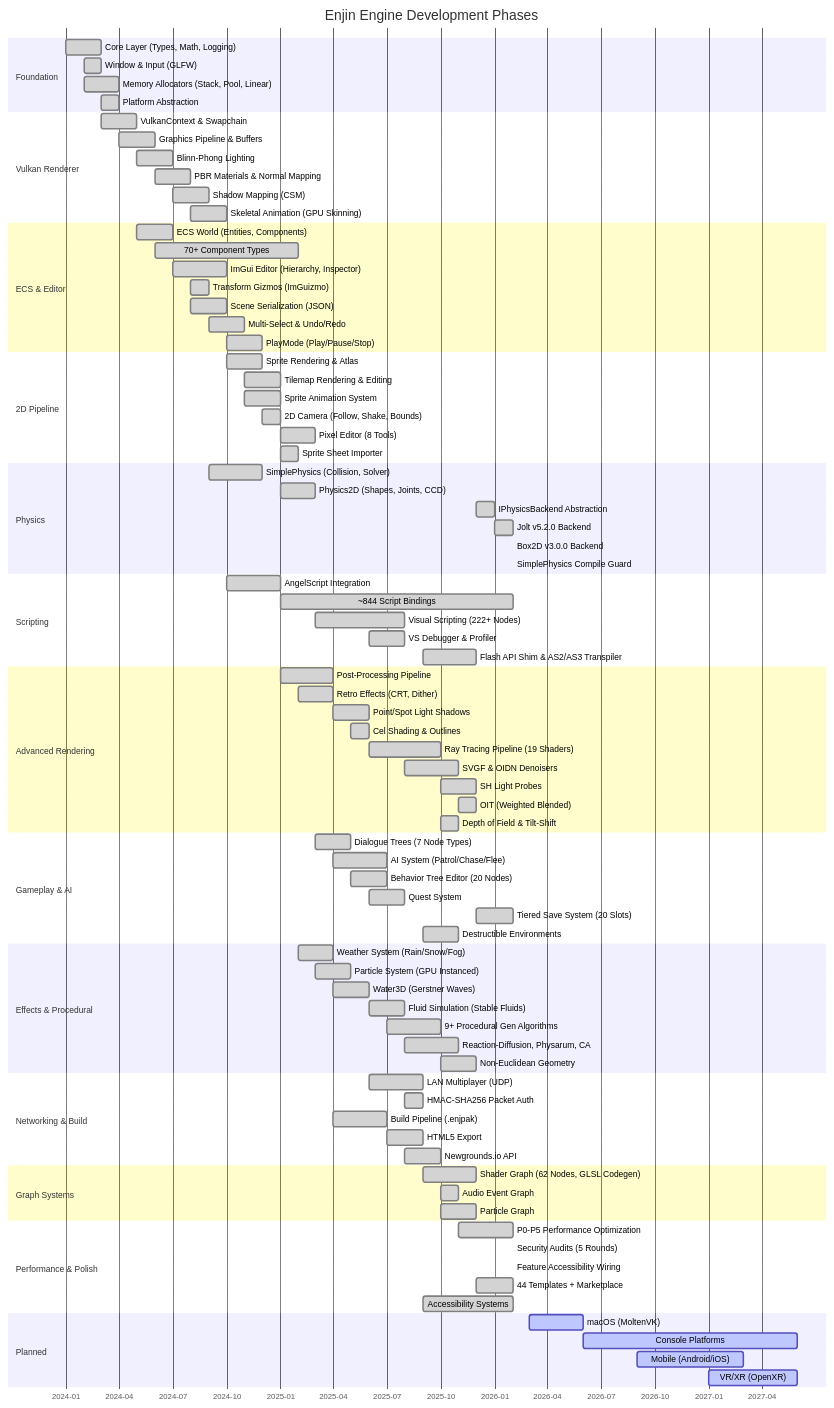
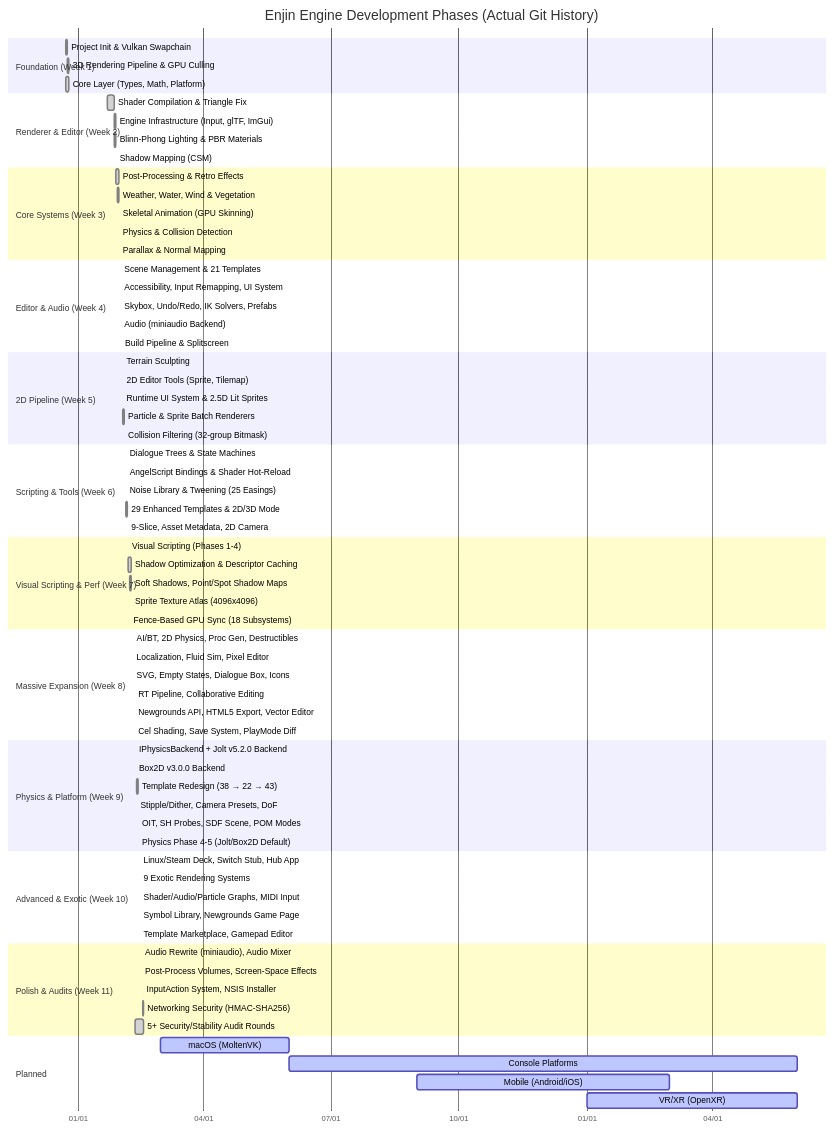
Before and after one commit to MartyChouette/TEGE: the second of 5 diagrams in docs/ENGINE_ANALYSIS.md, drawn with Mermaid. The commit also changed other lines of this file and 1 other file, not shown here.

Commit message:
Rewrite timeline from git history, fix test coverage claim
Timeline was fabricated spanning 2024-2027. Actual development started
Dec 23, 2025 with bulk of 150+ features built Jan 22 - Feb 17, 2026.
Also updated test coverage from "Low / no framework" to "Basic" since
custom CTest framework exists with 4 unit + 4 integration tests.

````diff
--- a/docs/ENGINE_ANALYSIS.md
+++ b/docs/ENGINE_ANALYSIS.md
@@ -420,105 +420,88 @@
 ```mermaid
 gantt
-    title Enjin Engine Development Phases
-    dateFormat YYYY-MM
-    axisFormat %Y-%m
+    title Enjin Engine Development Phases (Actual Git History)
+    dateFormat YYYY-MM-DD
+    axisFormat %m/%d
 
-    section Foundation
-    Core Layer (Types, Math, Logging)           :done, f1, 2024-01, 2024-03
-    Window & Input (GLFW)                       :done, f2, 2024-02, 2024-03
-    Memory Allocators (Stack, Pool, Linear)      :done, f3, 2024-02, 2024-04
-    Platform Abstraction                        :done, f4, 2024-03, 2024-04
+    section Foundation (Week 1)
+    Project Init & Vulkan Swapchain             :done, f1, 2025-12-23, 2025-12-24
+    3D Rendering Pipeline & GPU Culling         :done, f2, 2025-12-24, 2025-12-25
+    Core Layer (Types, Math, Platform)          :done, f3, 2025-12-23, 2025-12-25
 
-    section Vulkan Renderer
-    VulkanContext & Swapchain                   :done, r1, 2024-03, 2024-05
-    Graphics Pipeline & Buffers                 :done, r2, 2024-04, 2024-06
-    Blinn-Phong Lighting                        :done, r3, 2024-05, 2024-07
-    PBR Materials & Normal Mapping              :done, r4, 2024-06, 2024-08
-    Shadow Mapping (CSM)                        :done, r5, 2024-07, 2024-09
-    Skeletal Animation (GPU Skinning)           :done, r6, 2024-08, 2024-10
+    section Renderer & Editor (Week 2)
+    Shader Compilation & Triangle Fix           :done, r1, 2026-01-22, 2026-01-27
+    Engine Infrastructure (Input, glTF, ImGui)  :done, r2, 2026-01-27, 2026-01-28
+    Blinn-Phong Lighting & PBR Materials        :done, r3, 2026-01-27, 2026-01-28
+    Shadow Mapping (CSM)                        :done, r4, 2026-01-28, 2026-01-28
 
-    section ECS & Editor
-    ECS World (Entities, Components)            :done, e1, 2024-05, 2024-07
-    70+ Component Types                         :done, e2, 2024-06, 2025-02
-    ImGui Editor (Hierarchy, Inspector)         :done, e3, 2024-07, 2024-10
-    Transform Gizmos (ImGuizmo)                 :done, e4, 2024-08, 2024-09
-    Scene Serialization (JSON)                  :done, e5, 2024-08, 2024-10
-    Multi-Select & Undo/Redo                    :done, e6, 2024-09, 2024-11
-    PlayMode (Play/Pause/Stop)                  :done, e7, 2024-10, 2024-12
+    section Core Systems (Week 3)
+    Post-Processing & Retro Effects             :done, s1, 2026-01-28, 2026-01-30
+    Weather, Water, Wind & Vegetation           :done, s2, 2026-01-29, 2026-01-30
+    Skeletal Animation (GPU Skinning)           :done, s3, 2026-01-30, 2026-01-30
+    Physics & Collision Detection               :done, s4, 2026-01-30, 2026-01-30
+    Parallax & Normal Mapping                   :done, s5, 2026-01-30, 2026-01-30
 
-    section 2D Pipeline
-    Sprite Rendering & Atlas                    :done, s1, 2024-10, 2024-12
-    Tilemap Rendering & Editing                 :done, s2, 2024-11, 2025-01
-    Sprite Animation System                     :done, s3, 2024-11, 2025-01
-    2D Camera (Follow, Shake, Bounds)           :done, s4, 2024-12, 2025-01
-    Pixel Editor (8 Tools)                      :done, s5, 2025-01, 2025-03
-    Sprite Sheet Importer                       :done, s6, 2025-01, 2025-02
+    section Editor & Audio (Week 4)
+    Scene Management & 21 Templates             :done, e1, 2026-01-31, 2026-01-31
+    Accessibility, Input Remapping, UI System   :done, e2, 2026-01-31, 2026-01-31
+    Skybox, Undo/Redo, IK Solvers, Prefabs     :done, e3, 2026-01-31, 2026-01-31
+    Audio (miniaudio Backend)                   :done, e4, 2026-01-31, 2026-01-31
+    Build Pipeline & Splitscreen                :done, e5, 2026-02-01, 2026-02-01
 
-    section Physics
-    SimplePhysics (Collision, Solver)           :done, p1, 2024-09, 2024-12
-    Physics2D (Shapes, Joints, CCD)             :done, p2, 2025-01, 2025-03
-    IPhysicsBackend Abstraction                 :done, p3, 2025-12, 2026-01
-    Jolt v5.2.0 Backend                         :done, p4, 2026-01, 2026-02
-    Box2D v3.0.0 Backend                        :done, p5, 2026-02, 2026-02
-    SimplePhysics Compile Guard                 :done, p6, 2026-02, 2026-02
+    section 2D Pipeline (Week 5)
+    Terrain Sculpting                           :done, d1, 2026-02-02, 2026-02-02
+    2D Editor Tools (Sprite, Tilemap)           :done, d2, 2026-02-02, 2026-02-02
+    Runtime UI System & 2.5D Lit Sprites        :done, d3, 2026-02-02, 2026-02-02
+    Particle & Sprite Batch Renderers           :done, d4, 2026-02-02, 2026-02-03
+    Collision Filtering (32-group Bitmask)      :done, d5, 2026-02-03, 2026-02-03
 
-    section Scripting
-    AngelScript Integration                     :done, sc1, 2024-10, 2025-01
-    ~844 Script Bindings                        :done, sc2, 2025-01, 2026-02
-    Visual Scripting (222+ Nodes)               :done, sc3, 2025-03, 2025-08
-    VS Debugger & Profiler                      :done, sc4, 2025-06, 2025-08
-    Flash API Shim & AS2/AS3 Transpiler         :done, sc5, 2025-09, 2025-12
+    section Scripting & Tools (Week 6)
+    Dialogue Trees & State Machines             :done, t1, 2026-02-04, 2026-02-04
+    AngelScript Bindings & Shader Hot-Reload    :done, t2, 2026-02-04, 2026-02-04
+    Noise Library & Tweening (25 Easings)       :done, t3, 2026-02-04, 2026-02-04
+    29 Enhanced Templates & 2D/3D Mode          :done, t4, 2026-02-04, 2026-02-05
+    9-Slice, Asset Metadata, 2D Camera          :done, t5, 2026-02-05, 2026-02-05
 
-    section Advanced Rendering
-    Post-Processing Pipeline                    :done, ar1, 2025-01, 2025-04
-    Retro Effects (CRT, Dither)                 :done, ar2, 2025-02, 2025-04
-    Point/Spot Light Shadows                    :done, ar3, 2025-04, 2025-06
-    Cel Shading & Outlines                      :done, ar4, 2025-05, 2025-06
-    Ray Tracing Pipeline (19 Shaders)           :done, ar5, 2025-06, 2025-10
-    SVGF & OIDN Denoisers                       :done, ar6, 2025-08, 2025-11
-    SH Light Probes                             :done, ar7, 2025-10, 2025-12
-    OIT (Weighted Blended)                      :done, ar8, 2025-11, 2025-12
-    Depth of Field & Tilt-Shift                 :done, ar9, 2025-10, 2025-11
+    section Visual Scripting & Perf (Week 7)
+    Visual Scripting (Phases 1-4)               :done, v1, 2026-02-06, 2026-02-06
+    Shadow Optimization & Descriptor Caching    :done, v2, 2026-02-06, 2026-02-08
+    Soft Shadows, Point/Spot Shadow Maps        :done, v3, 2026-02-07, 2026-02-08
+    Sprite Texture Atlas (4096x4096)            :done, v4, 2026-02-08, 2026-02-08
+    Fence-Based GPU Sync (18 Subsystems)        :done, v5, 2026-02-07, 2026-02-07
 
-    section Gameplay & AI
-    Dialogue Trees (7 Node Types)               :done, g1, 2025-03, 2025-05
-    AI System (Patrol/Chase/Flee)                :done, g2, 2025-04, 2025-07
-    Behavior Tree Editor (20 Nodes)             :done, g3, 2025-05, 2025-07
-    Quest System                                :done, g4, 2025-06, 2025-08
-    Tiered Save System (20 Slots)               :done, g5, 2025-12, 2026-02
-    Destructible Environments                   :done, g6, 2025-09, 2025-11
+    section Massive Expansion (Week 8)
+    AI/BT, 2D Physics, Proc Gen, Destructibles :done, m1, 2026-02-09, 2026-02-09
+    Localization, Fluid Sim, Pixel Editor       :done, m2, 2026-02-09, 2026-02-09
+    SVG, Empty States, Dialogue Box, Icons      :done, m3, 2026-02-09, 2026-02-09
+    RT Pipeline, Collaborative Editing          :done, m4, 2026-02-10, 2026-02-10
+    Newgrounds API, HTML5 Export, Vector Editor  :done, m5, 2026-02-10, 2026-02-10
+    Cel Shading, Save System, PlayMode Diff     :done, m6, 2026-02-10, 2026-02-10
 
-    section Effects & Procedural
-    Weather System (Rain/Snow/Fog)              :done, ef1, 2025-02, 2025-04
-    Particle System (GPU Instanced)             :done, ef2, 2025-03, 2025-05
-    Water3D (Gerstner Waves)                    :done, ef3, 2025-04, 2025-06
-    Fluid Simulation (Stable Fluids)            :done, ef4, 2025-06, 2025-08
-    9+ Procedural Gen Algorithms                :done, ef5, 2025-07, 2025-10
-    Reaction-Diffusion, Physarum, CA            :done, ef6, 2025-08, 2025-11
-    Non-Euclidean Geometry                      :done, ef7, 2025-10, 2025-12
+    section Physics & Platform (Week 9)
+    IPhysicsBackend + Jolt v5.2.0 Backend       :done, p1, 2026-02-11, 2026-02-11
+    Box2D v3.0.0 Backend                        :done, p2, 2026-02-11, 2026-02-11
+    Template Redesign (38 → 22 → 43)            :done, p3, 2026-02-12, 2026-02-13
+    Stipple/Dither, Camera Presets, DoF         :done, p4, 2026-02-12, 2026-02-12
+    OIT, SH Probes, SDF Scene, POM Modes        :done, p5, 2026-02-13, 2026-02-13
+    Physics Phase 4-5 (Jolt/Box2D Default)      :done, p6, 2026-02-13, 2026-02-13
 
-    section Networking & Build
-    LAN Multiplayer (UDP)                       :done, n1, 2025-06, 2025-09
-    HMAC-SHA256 Packet Auth                     :done, n2, 2025-08, 2025-09
-    Build Pipeline (.enjpak)                    :done, n3, 2025-04, 2025-07
-    HTML5 Export                                :done, n4, 2025-07, 2025-09
-    Newgrounds.io API                           :done, n5, 2025-08, 2025-10
+    section Advanced & Exotic (Week 10)
+    Linux/Steam Deck, Switch Stub, Hub App      :done, a1, 2026-02-14, 2026-02-14
+    9 Exotic Rendering Systems                  :done, a2, 2026-02-14, 2026-02-14
+    Shader/Audio/Particle Graphs, MIDI Input    :done, a3, 2026-02-14, 2026-02-14
+    Symbol Library, Newgrounds Game Page         :done, a4, 2026-02-14, 2026-02-14
+    Template Marketplace, Gamepad Editor         :done, a5, 2026-02-14, 2026-02-14
 
-    section Graph Systems
-    Shader Graph (62 Nodes, GLSL Codegen)       :done, gs1, 2025-09, 2025-12
-    Audio Event Graph                           :done, gs2, 2025-10, 2025-11
-    Particle Graph                              :done, gs3, 2025-10, 2025-12
-
-    section Performance & Polish
-    P0-P5 Performance Optimization              :done, pp1, 2025-11, 2026-02
-    Security Audits (5 Rounds)                  :done, pp2, 2026-02, 2026-02
-    Feature Accessibility Wiring                :done, pp3, 2026-02, 2026-02
-    44 Templates + Marketplace                  :done, pp4, 2025-12, 2026-02
-    Accessibility Systems                       :done, pp5, 2025-09, 2026-02
+    section Polish & Audits (Week 11)
+    Audio Rewrite (miniaudio), Audio Mixer      :done, q1, 2026-02-15, 2026-02-15
+    Post-Process Volumes, Screen-Space Effects  :done, q2, 2026-02-15, 2026-02-15
+    InputAction System, NSIS Installer          :done, q3, 2026-02-16, 2026-02-16
+    Networking Security (HMAC-SHA256)           :done, q4, 2026-02-16, 2026-02-17
+    5+ Security/Stability Audit Rounds          :done, q5, 2026-02-11, 2026-02-17
 
     section Planned
-    macOS (MoltenVK)                            :active, pl1, 2026-03, 2026-06
-    Console Platforms                           :active, pl2, 2026-06, 2027-06
-    Mobile (Android/iOS)                        :active, pl3, 2026-09, 2027-03
-    VR/XR (OpenXR)                              :active, pl4, 2027-01, 2027-06
+    macOS (MoltenVK)                            :active, pl1, 2026-03-01, 2026-06-01
+    Console Platforms                           :active, pl2, 2026-06-01, 2027-06-01
+    Mobile (Android/iOS)                        :active, pl3, 2026-09-01, 2027-03-01
+    VR/XR (OpenXR)                              :active, pl4, 2027-01-01, 2027-06-01
 ```
````
